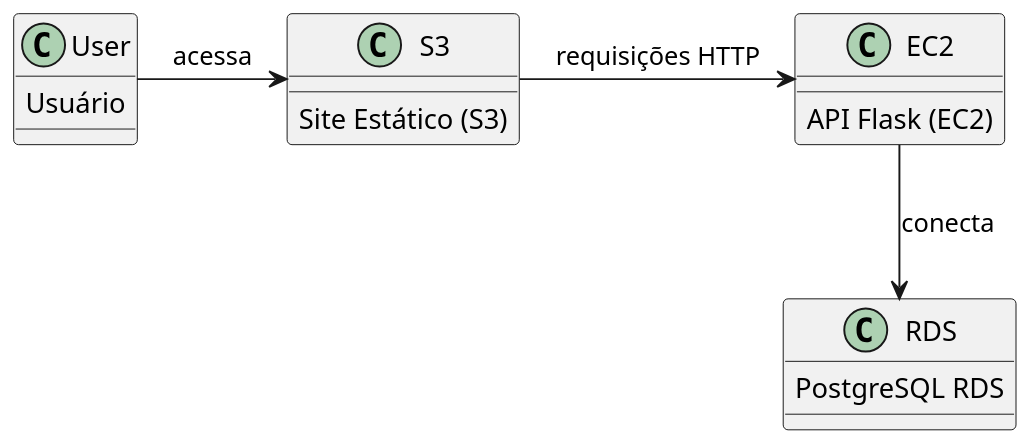
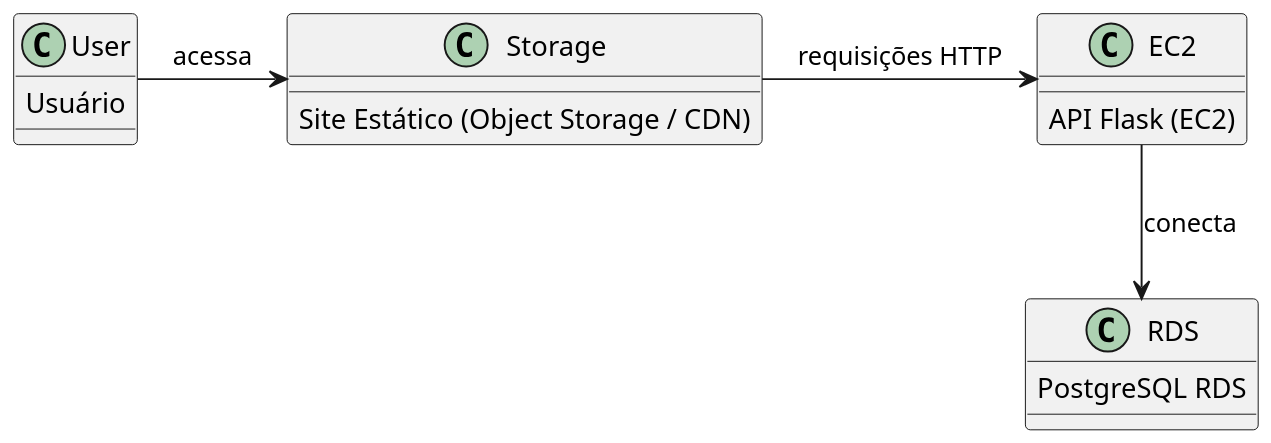
One commit to arquitetoitamar/aula-ec2-api changed the diagram in docs/implementation-guide/arquitetura.puml. Above: the diagram before and after it, drawn with PlantUML. The commit also changed 42 other files, not shown here.

```diff
--- a/docs/implementation-guide/arquitetura.puml
+++ b/docs/implementation-guide/arquitetura.puml
@@ -1,10 +1,10 @@
 @startuml
 skinparam dpi 150
-User -right-> S3 : acessa
-S3 -right-> EC2 : requisições HTTP
+User -right-> Storage : acessa
+Storage -right-> EC2 : requisições HTTP
 EC2 -down-> RDS : conecta
 User : Usuário
-S3 : Site Estático (S3)
+Storage : Site Estático (Object Storage / CDN)
 EC2 : API Flask (EC2)
 RDS : PostgreSQL RDS
 @enduml
```
